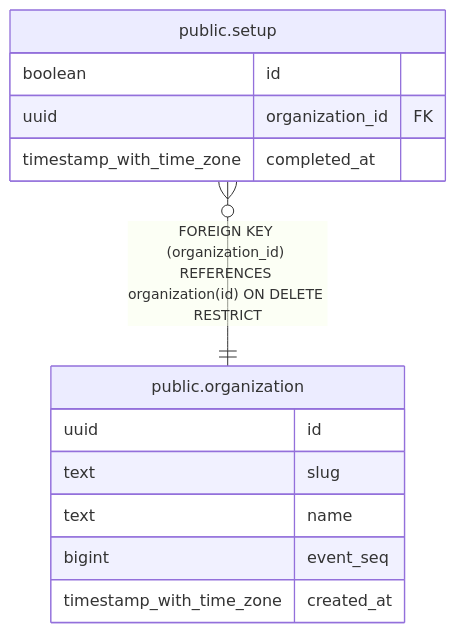
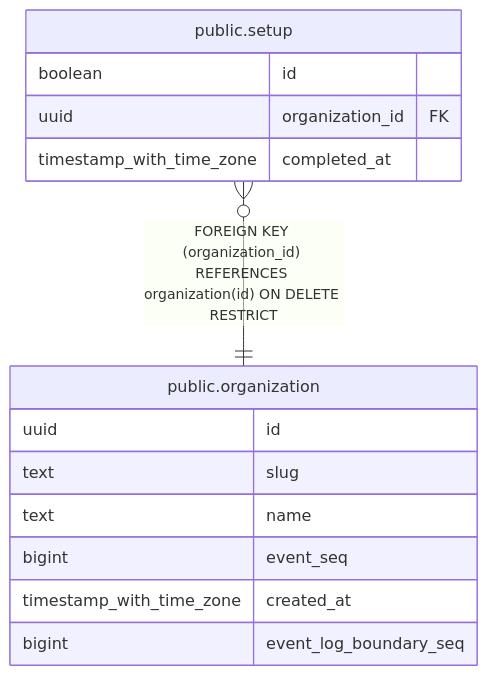
The diagram in docs/schema/public.setup.md (tkakkie/ribbitto), drawn with Mermaid before and after one commit. The commit also changed 28 other files, not shown here.

````diff
--- a/docs/schema/public.setup.md
+++ b/docs/schema/public.setup.md
@@ -30,18 +30,19 @@
 ```mermaid
 erDiagram
 
 "public.setup" }o--|| "public.organization" : "FOREIGN KEY (organization_id) REFERENCES organization(id) ON DELETE RESTRICT"
 
 "public.setup" {
   boolean id
   uuid organization_id FK
   timestamp_with_time_zone completed_at
 }
 "public.organization" {
   uuid id
   text slug
   text name
   bigint event_seq
   timestamp_with_time_zone created_at
+  bigint event_log_boundary_seq
 }
 ```
````
